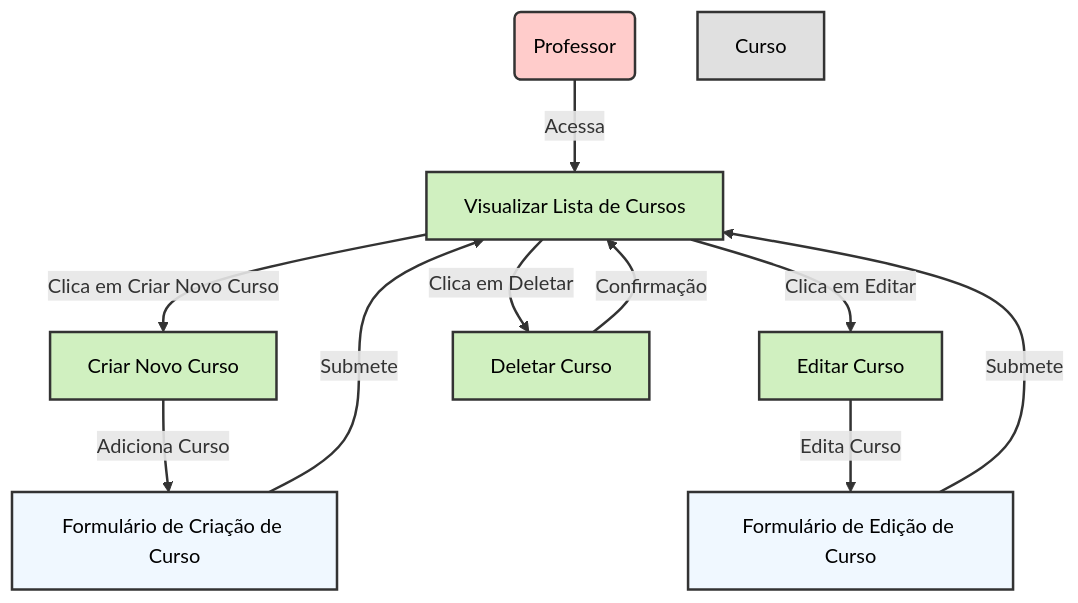
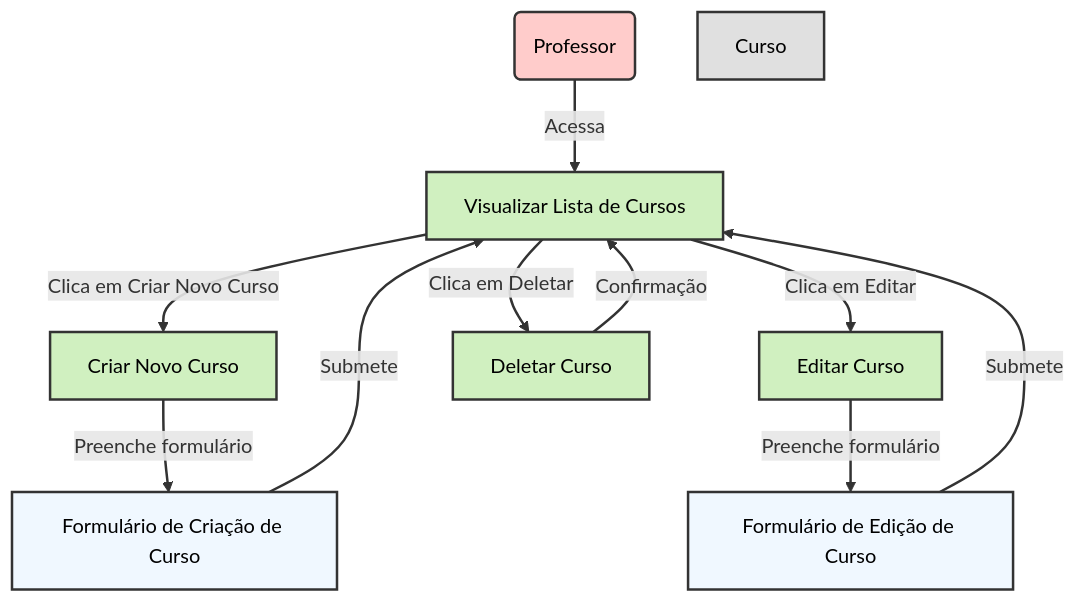
The sixth of 6 diagrams in README.md (Paiva8859/PlataformaEAD), drawn with Mermaid before and after one commit.

````diff
--- a/README.md
+++ b/README.md
@@ -158,51 +158,51 @@
 ```mermaid
 flowchart TD
     %% Definindo o Ator
     A1(Professor)
 
     %% Definindo as Ações
     P1[Visualizar Lista de Cursos]
     P2[Criar Novo Curso]
     P3[Editar Curso]
     P4[Deletar Curso]
 
     %% Definindo os Formulários
     F1[Formulário de Criação de Curso]
     F2[Formulário de Edição de Curso]
 
     %% Definindo os Cursos
     C1[Curso]
 
     %% Fluxo de Ações
     A1 -->|Acessa| P1
     P1 -->|Clica em Criar Novo Curso| P2
     P1 -->|Clica em Editar| P3
     P1 -->|Clica em Deletar| P4
 
-    P2 -->|Adiciona Curso| F1
-    P3 -->|Edita Curso| F2
+    P2 -->|Preenche formulário| F1
+    P3 -->|Preenche formulário| F2
 
     F1 -->|Submete| P1
     F2 -->|Submete| P1
 
     P4 -->|Confirmação| P1
 
     %% Estilizando o Ator
     classDef actor fill:#ffcccb,stroke:#333,stroke-width:2px,color:#000;
     class A1 actor;
 
     %% Estilizando as Ações
     classDef action fill:#d0f0c0,stroke:#333,stroke-width:2px,color:#000;
     class P1,P2,P3,P4 action;
 
     %% Estilizando os Formulários
     classDef form fill:#f0f8ff,stroke:#333,stroke-width:2px,color:#000;
     class F1,F2 form;
 
     %% Estilizando os Cursos
     classDef course fill:#e0e0e0,stroke:#333,stroke-width:2px,color:#000;
     class C1 course;
 
     %% Estilizando as Conexões
     linkStyle default stroke:#333,stroke-width:2px;
 ```
````
